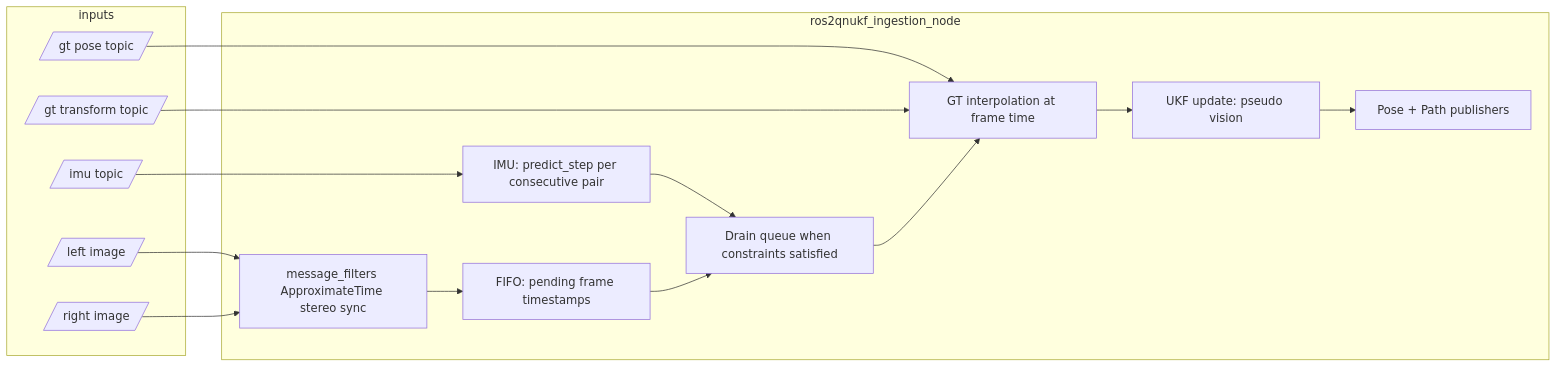
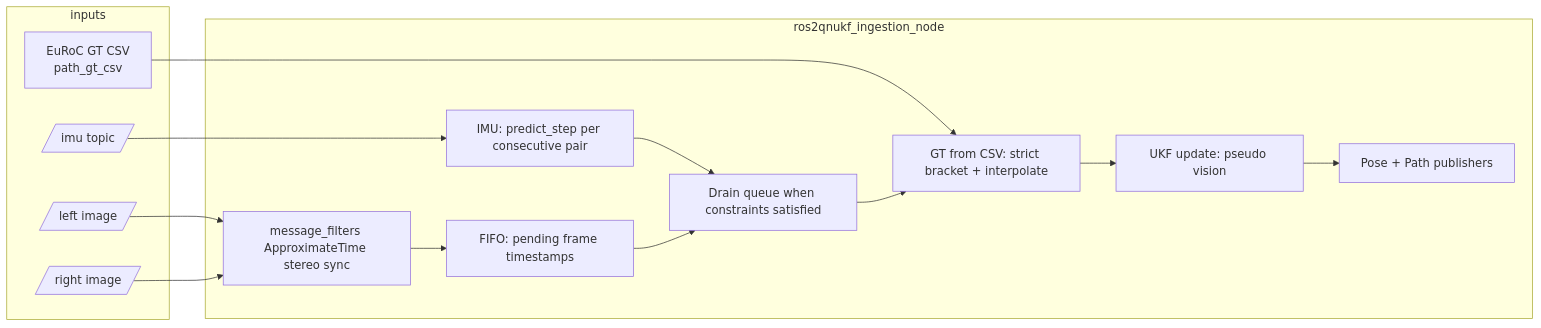
The diagram in README.md (Khashayar-Gh/ros2qnukf), drawn with Mermaid before and after one commit. The commit also changed other lines of this file and 6 other files, not shown here.

````diff
--- a/README.md
+++ b/README.md
@@ -17,30 +17,28 @@
 ```mermaid
 flowchart LR
   subgraph inputs
     IMU[/imu topic/]
     L[/left image/]
     R[/right image/]
-    GTp[/gt pose topic/]
-    GTt[/gt transform topic/]
+    CSV["EuRoC GT CSV<br/>path_gt_csv"]
   end
   subgraph ingestion["ros2qnukf_ingestion_node"]
     SYNC["message_filters ApproximateTime stereo sync"]
     Q["FIFO: pending frame timestamps"]
     PRED["IMU: predict_step per consecutive pair"]
     DRAIN["Drain queue when constraints satisfied"]
-    GTi["GT interpolation at frame time"]
+    GTi["GT from CSV: strict bracket + interpolate"]
     UPD["UKF update: pseudo vision"]
     OUT["Pose + Path publishers"]
   end
+  CSV --> GTi
   IMU --> PRED
   L --> SYNC
   R --> SYNC
   SYNC --> Q
   PRED --> DRAIN
   Q --> DRAIN
-  GTp --> GTi
-  GTt --> GTi
   DRAIN --> GTi
   GTi --> UPD
   UPD --> OUT
 ```
````
